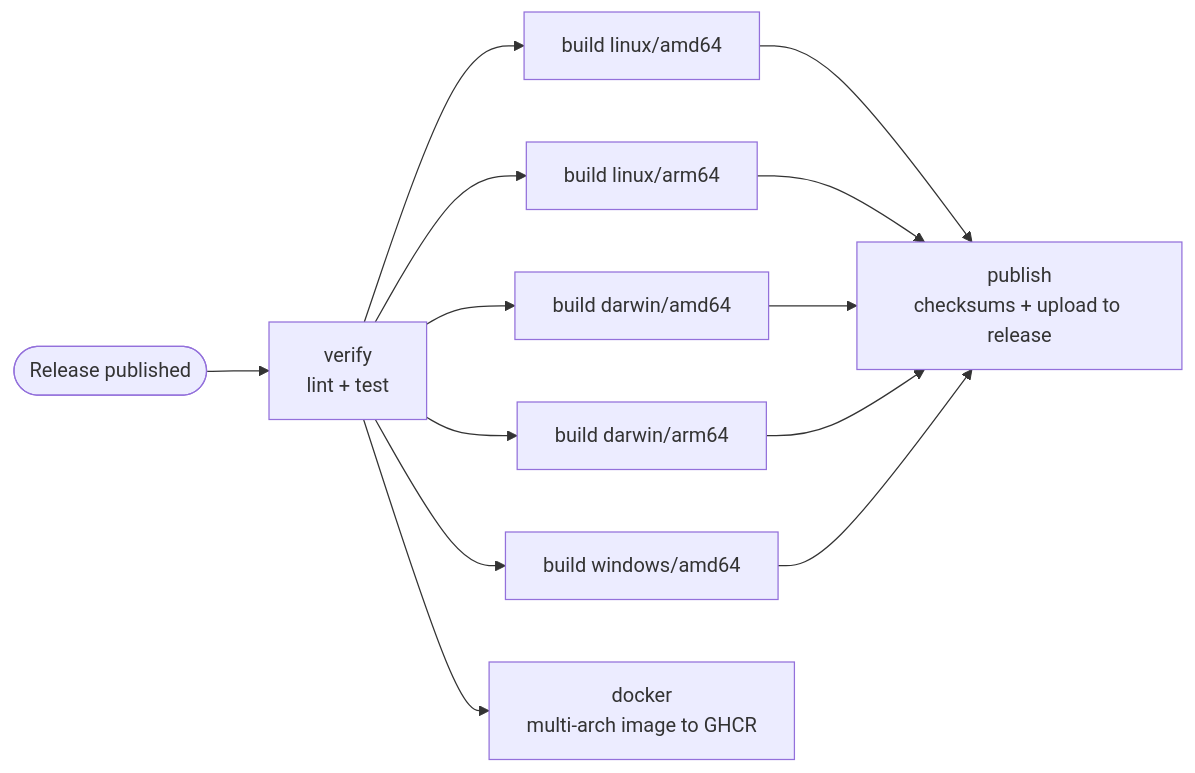
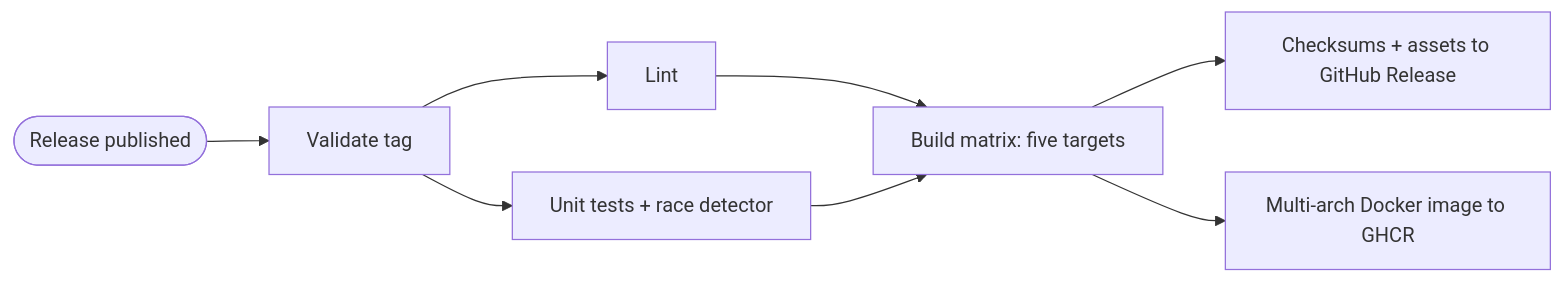
One commit to rr-saberov/ratelimiter changed the diagram in README.md. Above: the diagram before and after it, drawn with Mermaid. The commit also changed other lines of this file and 3 other files, not shown here.

````diff
--- a/README.md
+++ b/README.md
@@ -147,11 +171,9 @@
 ```mermaid
 flowchart LR
-    R([Release published]) --> V[verify<br/>lint + test]
-    V --> B1[build linux/amd64]
-    V --> B2[build linux/arm64]
-    V --> B3[build darwin/amd64]
-    V --> B4[build darwin/arm64]
-    V --> B5[build windows/amd64]
-    V --> D[docker<br/>multi-arch image to GHCR]
-    B1 & B2 & B3 & B4 & B5 --> P[publish<br/>checksums + upload to release]
+    R([Release published]) --> V[Validate tag]
+    V --> L[Lint]
+    V --> T[Unit tests + race detector]
+    L & T --> B[Build matrix: five targets]
+    B --> P[Checksums + assets to GitHub Release]
+    B --> D[Multi-arch Docker image to GHCR]
 ```
````
